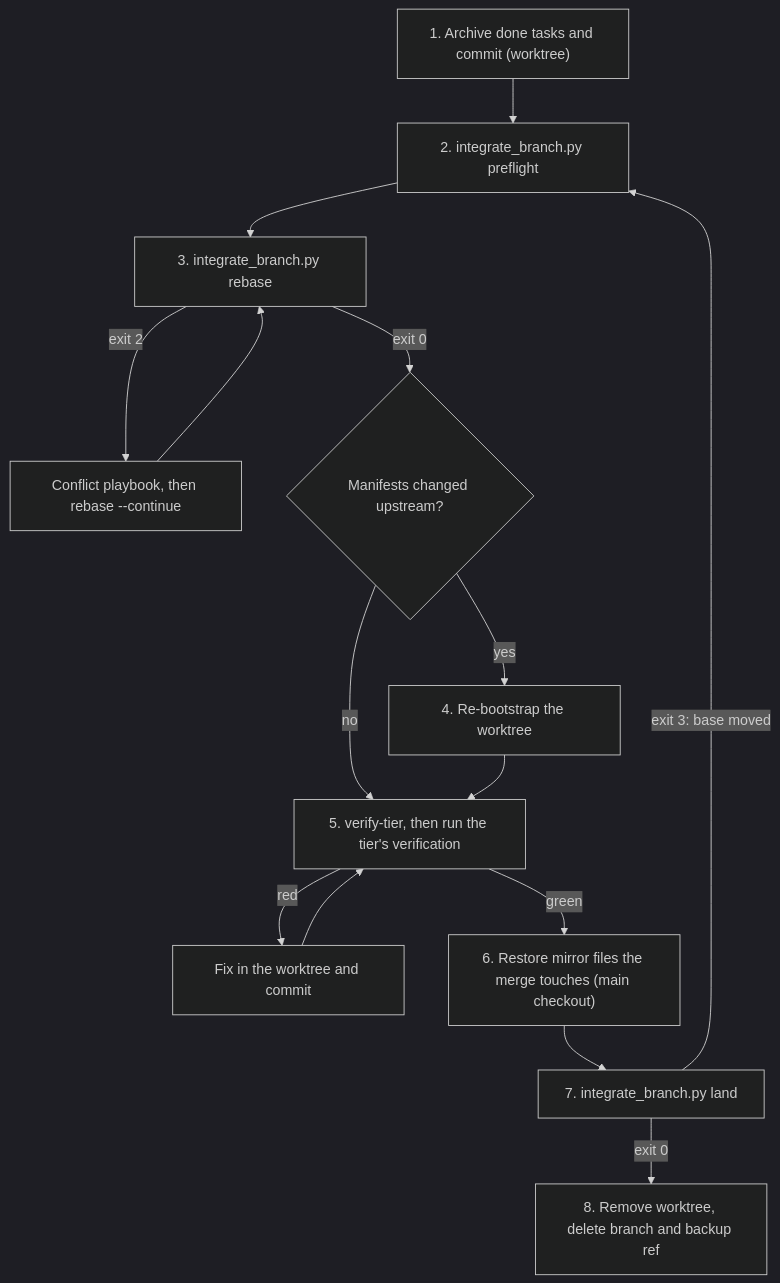
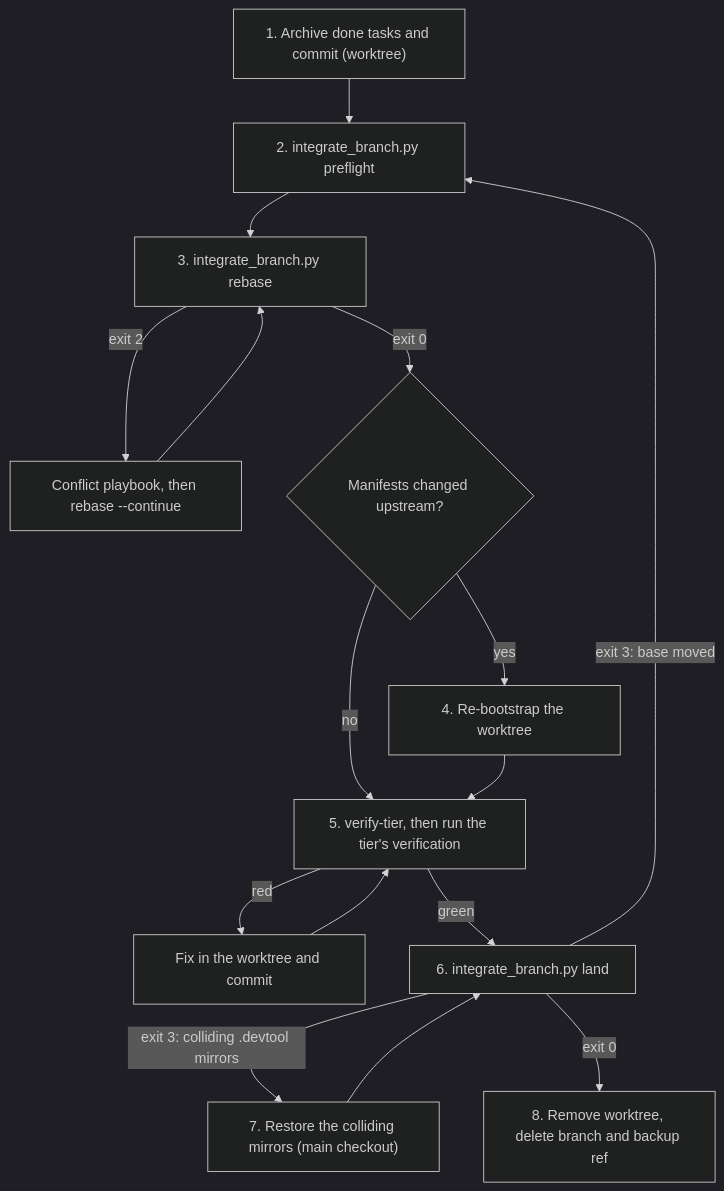
Before and after one commit to DanhDue/ai-agent-tools: the diagram in docs/superpowers/specs/2026-10-09-finishing-branch-rebase-design.en.md, drawn with Mermaid (dark theme). The commit also changed other lines of this file and 1 other file, not shown here.

First line of the commit message:
[FINISHING_BRANCH_REBASE] Refine spec after prototyping the script

````diff
--- a/docs/superpowers/specs/2026-10-09-finishing-branch-rebase-design.en.md
+++ b/docs/superpowers/specs/2026-10-09-finishing-branch-rebase-design.en.md
@@ -215,17 +220,18 @@
 ```mermaid
 flowchart TD
     ARCH["1. Archive done tasks and commit (worktree)"] --> PRE["2. integrate_branch.py preflight"]
     PRE --> REB["3. integrate_branch.py rebase"]
     REB -->|"exit 2"| PLAY["Conflict playbook, then rebase --continue"]
     PLAY --> REB
     REB -->|"exit 0"| BOOT{"Manifests changed upstream?"}
     BOOT -->|yes| BS["4. Re-bootstrap the worktree"]
     BOOT -->|no| TIER["5. verify-tier, then run the tier's verification"]
     BS --> TIER
     TIER -->|"red"| FIX["Fix in the worktree and commit"]
     FIX --> TIER
-    TIER -->|"green"| RESTORE["6. Restore mirror files the merge touches (main checkout)"]
-    RESTORE --> LAND["7. integrate_branch.py land"]
+    TIER -->|"green"| LAND["6. integrate_branch.py land"]
+    LAND -->|"exit 3: colliding .devtool mirrors"| RESTORE["7. Restore the colliding mirrors (main checkout)"]
+    RESTORE --> LAND
     LAND -->|"exit 3: base moved"| PRE
     LAND -->|"exit 0"| CLEAN["8. Remove worktree, delete branch and backup ref"]
 ```
````
